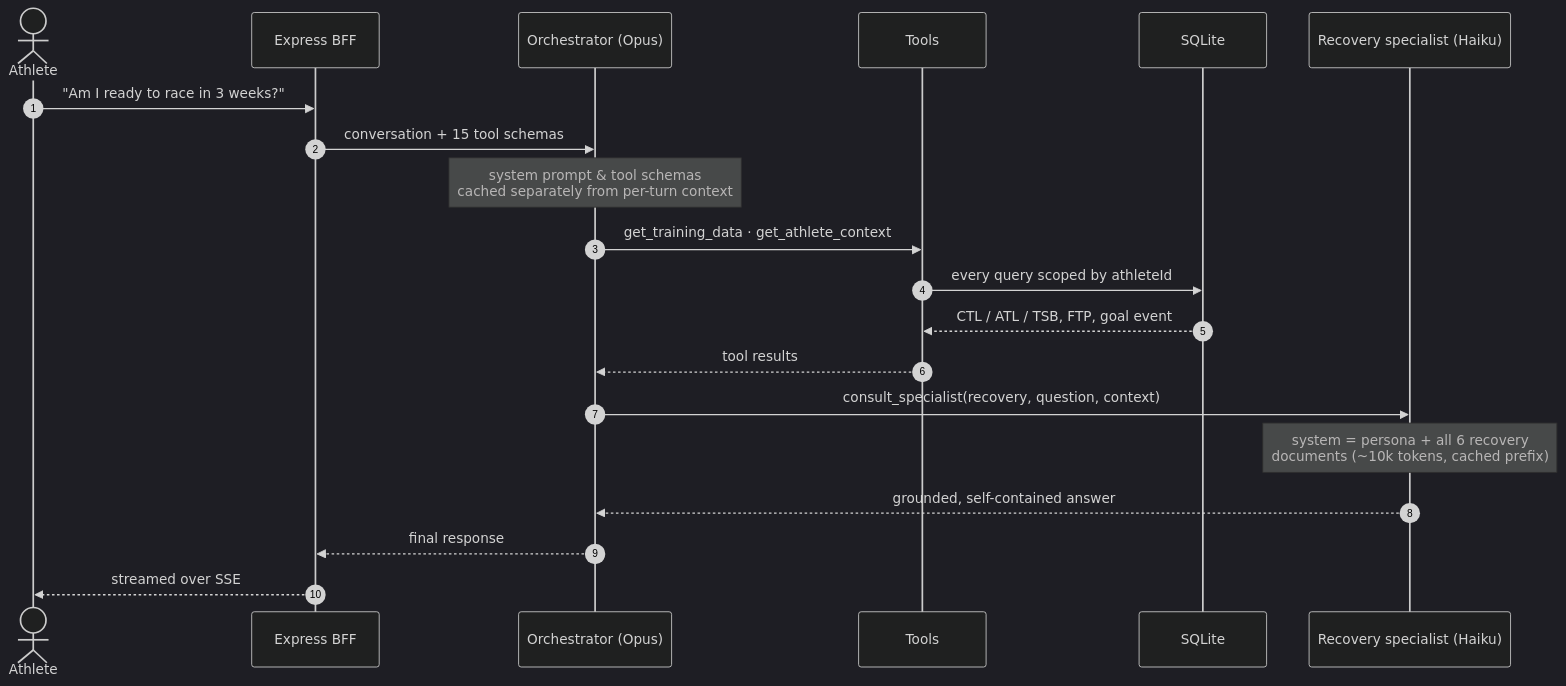
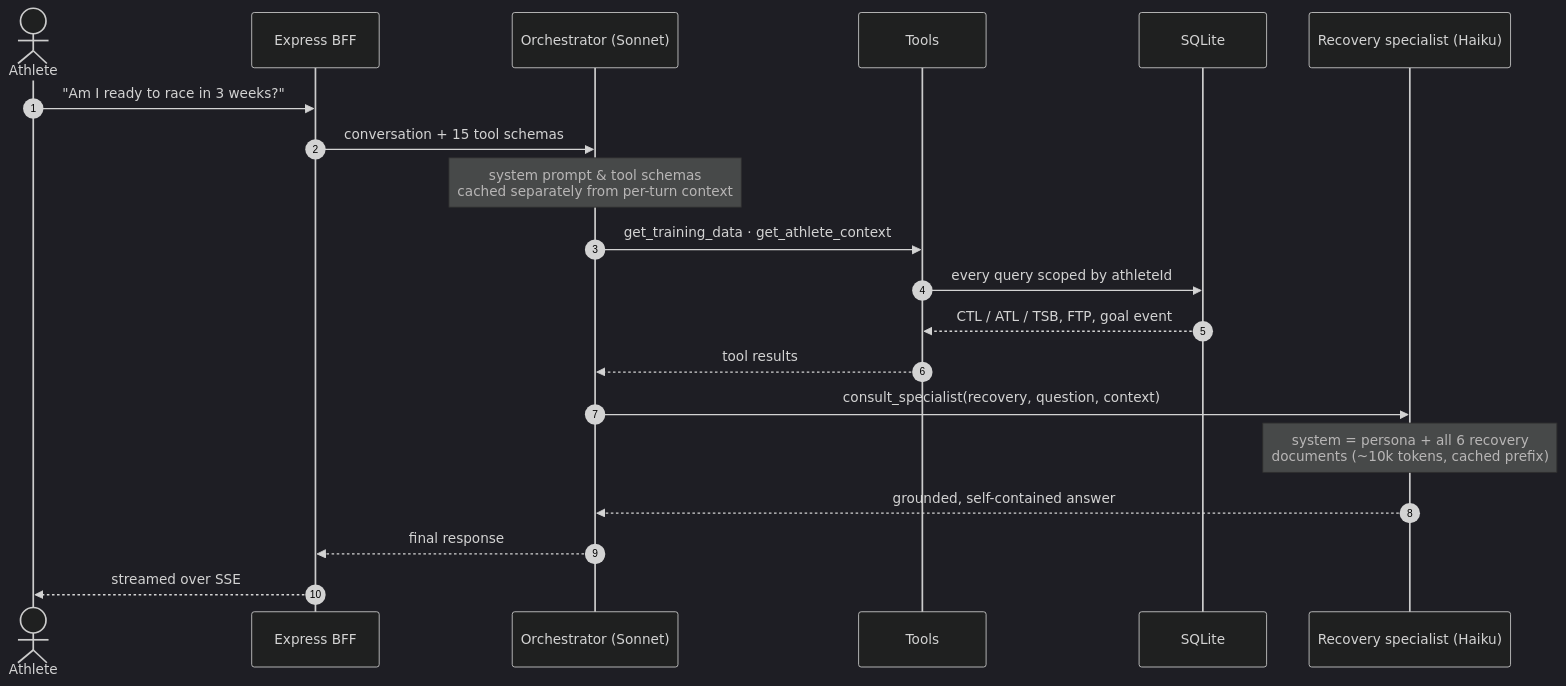
The second of 2 diagrams in README.md (almadaocta/rumble), drawn with Mermaid (dark theme) before and after one commit. The commit also changed other lines of this file and 1 other file, not shown here.

Commit message:
perf: downgrade orchestrator from Opus to Sonnet (~5x cost reduction)

````diff
--- a/README.md
+++ b/README.md
@@ -69,26 +69,26 @@
 ```mermaid
 sequenceDiagram
     autonumber
     actor A as Athlete
     participant B as Express BFF
-    participant O as Orchestrator (Opus)
+    participant O as Orchestrator (Sonnet)
     participant T as Tools
     participant D as SQLite
     participant S as Recovery specialist (Haiku)
 
     A->>B: "Am I ready to race in 3 weeks?"
     B->>O: conversation + 15 tool schemas
     Note over O: system prompt & tool schemas<br/>cached separately from per-turn context
 
     O->>T: get_training_data · get_athlete_context
     T->>D: every query scoped by athleteId
     D-->>T: CTL / ATL / TSB, FTP, goal event
     T-->>O: tool results
 
     O->>S: consult_specialist(recovery, question, context)
     Note over S: system = persona + all 6 recovery<br/>documents (~10k tokens, cached prefix)
     S-->>O: grounded, self-contained answer
 
     O-->>B: final response
     B-->>A: streamed over SSE
 ```
````
